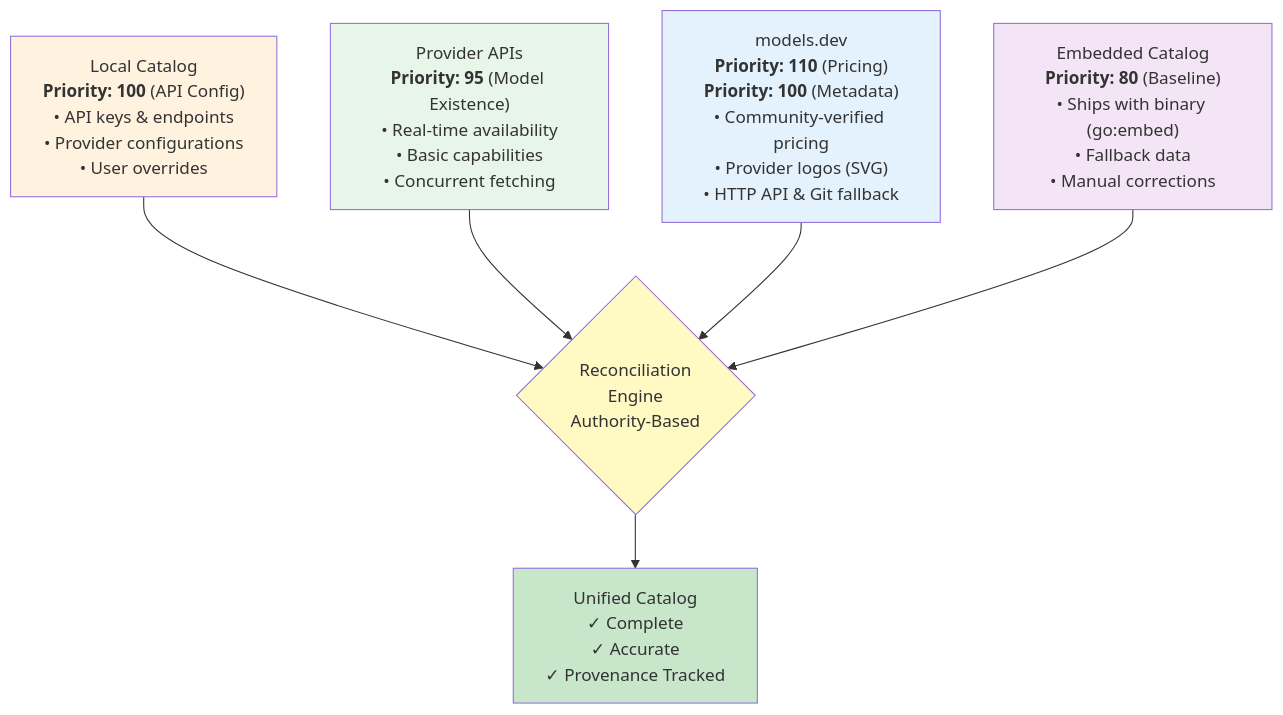
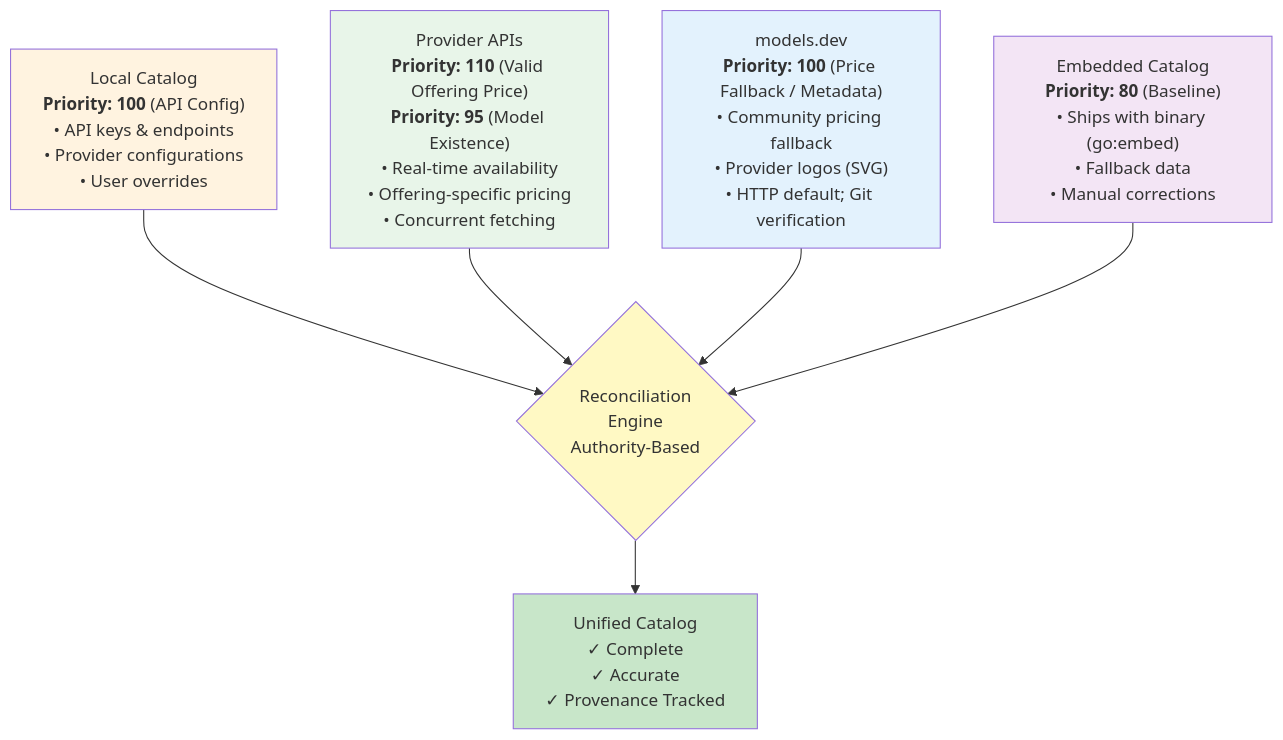
One commit to agentstation/starmap changed the fourth of 8 diagrams in docs/ARCHITECTURE.md. Above: the diagram before and after it, drawn with Mermaid. The commit also changed other lines of this file and 541 other files, not shown here.

````diff
--- a/docs/ARCHITECTURE.md
+++ b/docs/ARCHITECTURE.md
@@ -639,23 +1005,23 @@
 ```mermaid
 graph TD
     LOCAL["Local Catalog<br/><b>Priority: 100</b> (API Config)<br/>• API keys & endpoints<br/>• Provider configurations<br/>• User overrides"]
-    API["Provider APIs<br/><b>Priority: 95</b> (Model Existence)<br/>• Real-time availability<br/>• Basic capabilities<br/>• Concurrent fetching"]
-    MD["models.dev<br/><b>Priority: 110</b> (Pricing)<br/><b>Priority: 100</b> (Metadata)<br/>• Community-verified pricing<br/>• Provider logos (SVG)<br/>• HTTP API & Git fallback"]
+    API["Provider APIs<br/><b>Priority: 110</b> (Valid Offering Price)<br/><b>Priority: 95</b> (Model Existence)<br/>• Real-time availability<br/>• Offering-specific pricing<br/>• Concurrent fetching"]
+    MD["models.dev<br/><b>Priority: 100</b> (Price Fallback / Metadata)<br/>• Community pricing fallback<br/>• Provider logos (SVG)<br/>• HTTP default; Git verification"]
     EMB["Embedded Catalog<br/><b>Priority: 80</b> (Baseline)<br/>• Ships with binary (go:embed)<br/>• Fallback data<br/>• Manual corrections"]
 
     REC{Reconciliation<br/>Engine<br/>Authority-Based}
     CAT["Unified Catalog<br/>✓ Complete<br/>✓ Accurate<br/>✓ Provenance Tracked"]
 
     LOCAL --> REC
     API --> REC
     MD --> REC
     EMB --> REC
     REC --> CAT
 
     style LOCAL fill:#fff3e0
     style API fill:#e8f5e9
     style MD fill:#e3f2fd
     style EMB fill:#f3e5f5
     style REC fill:#fff9c4
     style CAT fill:#c8e6c9
 ```
````
